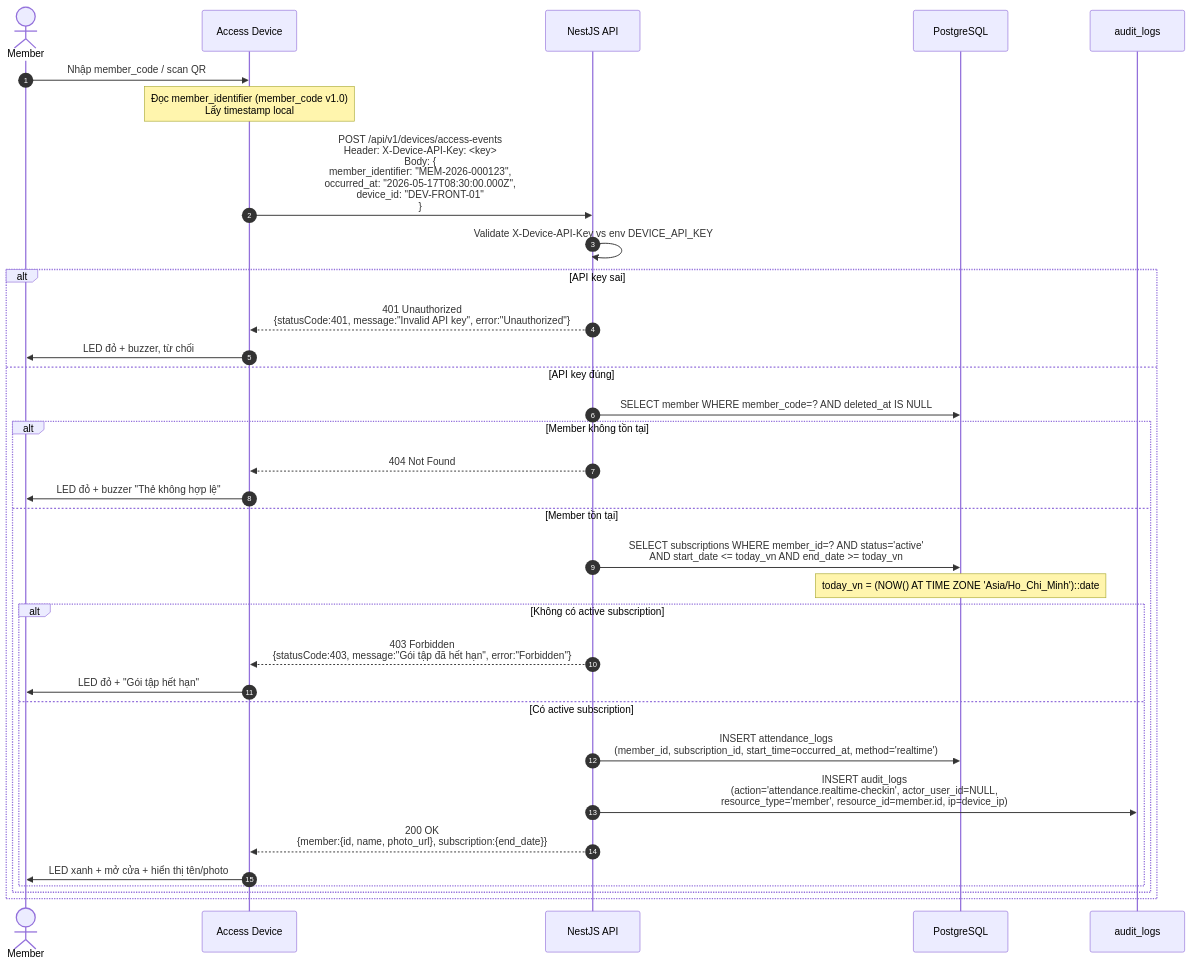
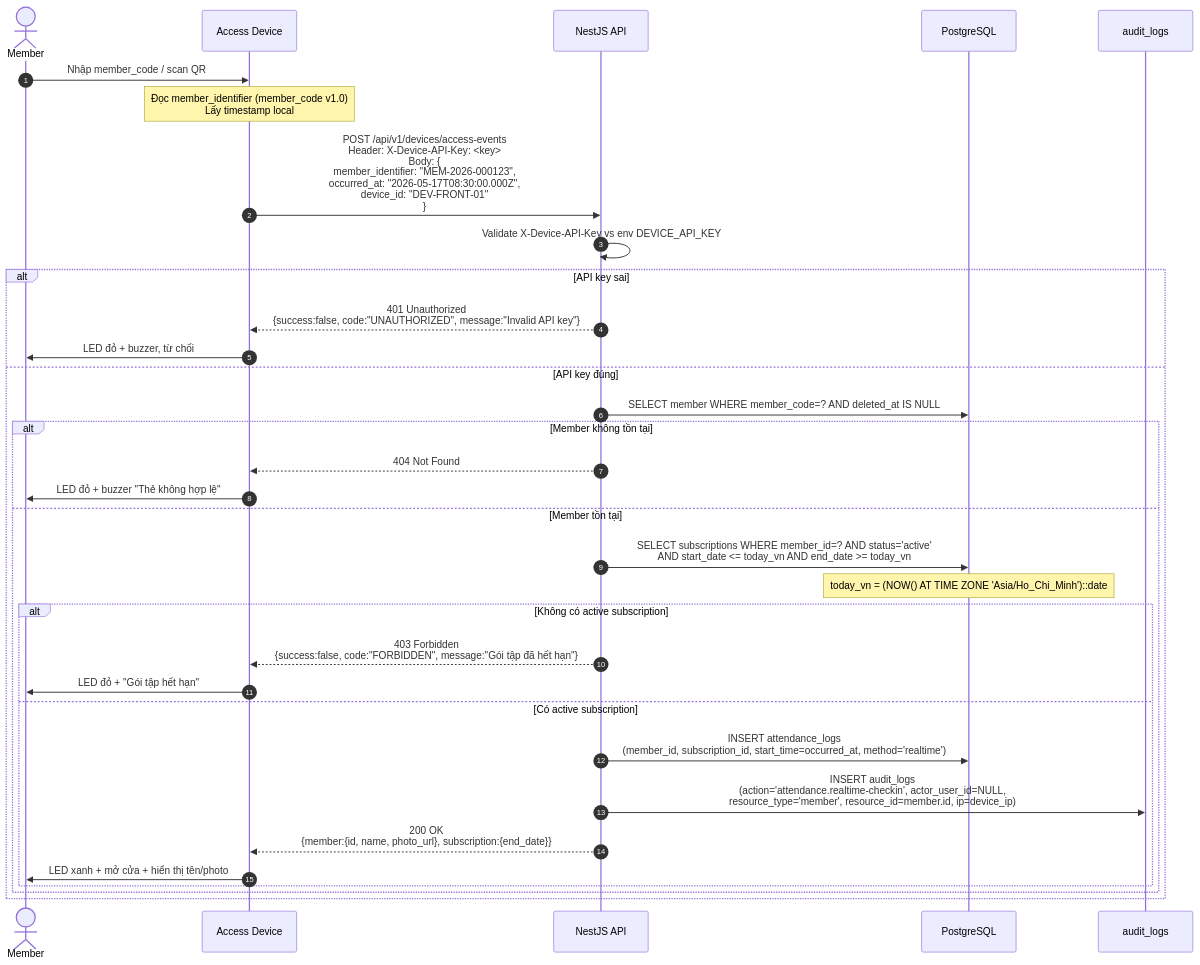
One commit to nhithedev/gym-management-system changed the third of 5 diagrams in docs/Design/Architecture.md. Above: the diagram before and after it, drawn with Mermaid. The commit also changed other lines of this file and 6 other files, not shown here.

````diff
--- a/docs/Design/Architecture.md
+++ b/docs/Design/Architecture.md
@@ -209,36 +209,36 @@
 ```mermaid
 sequenceDiagram
     autonumber
     actor M as Member
     participant D as Access Device
     participant API as NestJS API
     participant DB as PostgreSQL
     participant AUDIT as audit_logs
 
     M->>D: Nhập member_code / scan QR
     Note over D: Đọc member_identifier (member_code v1.0)<br/>Lấy timestamp local
     D->>API: POST /api/v1/devices/access-events<br/>Header: X-Device-API-Key: <key><br/>Body: {<br/> member_identifier: "MEM-2026-000123",<br/> occurred_at: "2026-05-17T08:30:00.000Z",<br/> device_id: "DEV-FRONT-01"<br/>}
     API->>API: Validate X-Device-API-Key vs env DEVICE_API_KEY
     alt API key sai
-        API-->>D: 401 Unauthorized<br/>{statusCode:401, message:"Invalid API key", error:"Unauthorized"}
+        API-->>D: 401 Unauthorized<br/>{success:false, code:"UNAUTHORIZED", message:"Invalid API key"}
         D->>M: LED đỏ + buzzer, từ chối
     else API key đúng
         API->>DB: SELECT member WHERE member_code=? AND deleted_at IS NULL
         alt Member không tồn tại
             API-->>D: 404 Not Found
             D->>M: LED đỏ + buzzer "Thẻ không hợp lệ"
         else Member tồn tại
             API->>DB: SELECT subscriptions WHERE member_id=? AND status='active'<br/>AND start_date <= today_vn AND end_date >= today_vn
             Note over DB: today_vn = (NOW() AT TIME ZONE 'Asia/Ho_Chi_Minh')::date
             alt Không có active subscription
-                API-->>D: 403 Forbidden<br/>{statusCode:403, message:"Gói tập đã hết hạn", error:"Forbidden"}
+                API-->>D: 403 Forbidden<br/>{success:false, code:"FORBIDDEN", message:"Gói tập đã hết hạn"}
                 D->>M: LED đỏ + "Gói tập hết hạn"
             else Có active subscription
                 API->>DB: INSERT attendance_logs<br/>(member_id, subscription_id, start_time=occurred_at, method='realtime')
                 API->>AUDIT: INSERT audit_logs<br/>(action='attendance.realtime-checkin', actor_user_id=NULL,<br/>resource_type='member', resource_id=member.id, ip=device_ip)
                 API-->>D: 200 OK<br/>{member:{id, name, photo_url}, subscription:{end_date}}
                 D->>M: LED xanh + mở cửa + hiển thị tên/photo
             end
         end
     end
 ```
````
